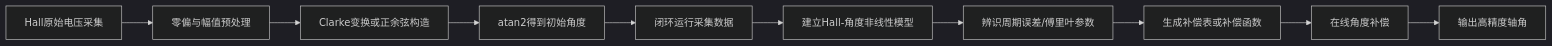
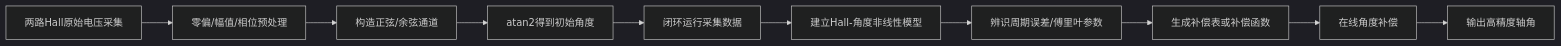
One commit to Ciri-07/Project-of-a-multi-axis-handheld-gimbal-based-on-BLDC-and-piezoelectric-motors changed the first of 4 diagrams in 线性霍尔传感器/线性霍尔高精度位置检测与补偿方法章节.md. Above: the diagram before and after it, drawn with Mermaid (dark theme). The commit also changed other lines of this file and 8 other files, not shown here.

````diff
--- a/线性霍尔传感器/线性霍尔高精度位置检测与补偿方法章节.md
+++ b/线性霍尔传感器/线性霍尔高精度位置检测与补偿方法章节.md
@@ -137,12 +139,12 @@
 ```mermaid
 flowchart LR
-    A[Hall原始电压采集] --> B[零偏与幅值预处理]
-    B --> C[Clarke变换或正余弦构造]
+    A[两路Hall原始电压采集] --> B[零偏/幅值/相位预处理]
+    B --> C[构造正弦/余弦通道]
     C --> D[atan2得到初始角度]
     D --> E[闭环运行采集数据]
     E --> F[建立Hall-角度非线性模型]
     F --> G[辨识周期误差/傅里叶参数]
     G --> H[生成补偿表或补偿函数]
     H --> I[在线角度补偿]
     I --> J[输出高精度轴角]
 ```
````
